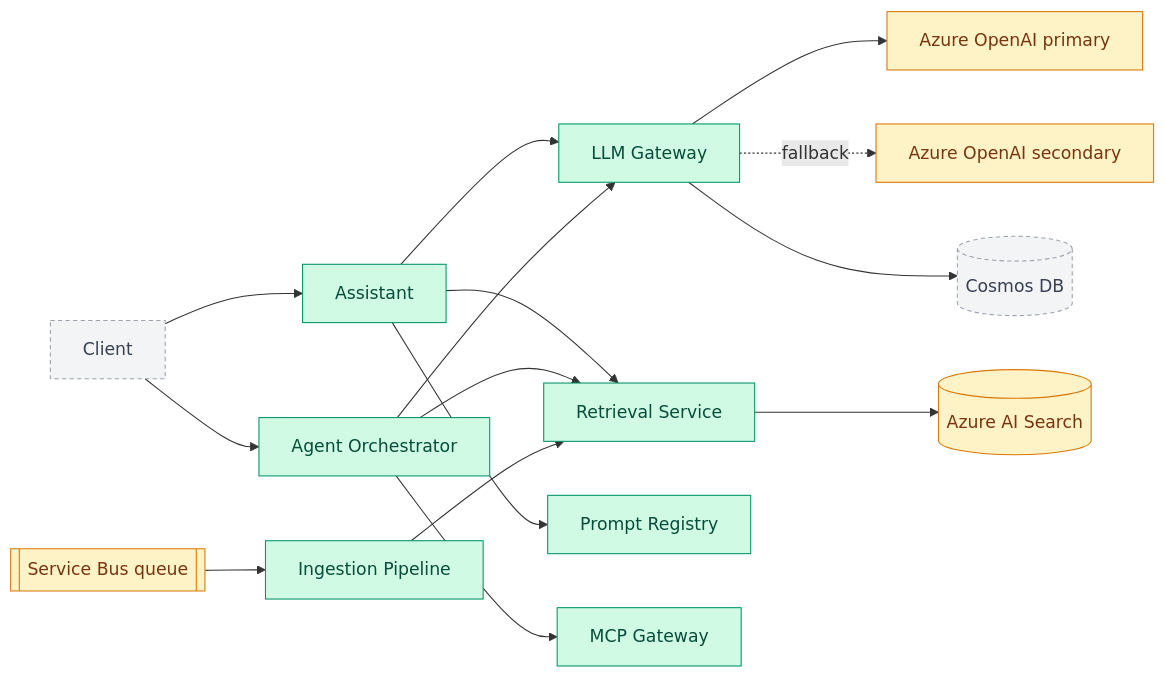
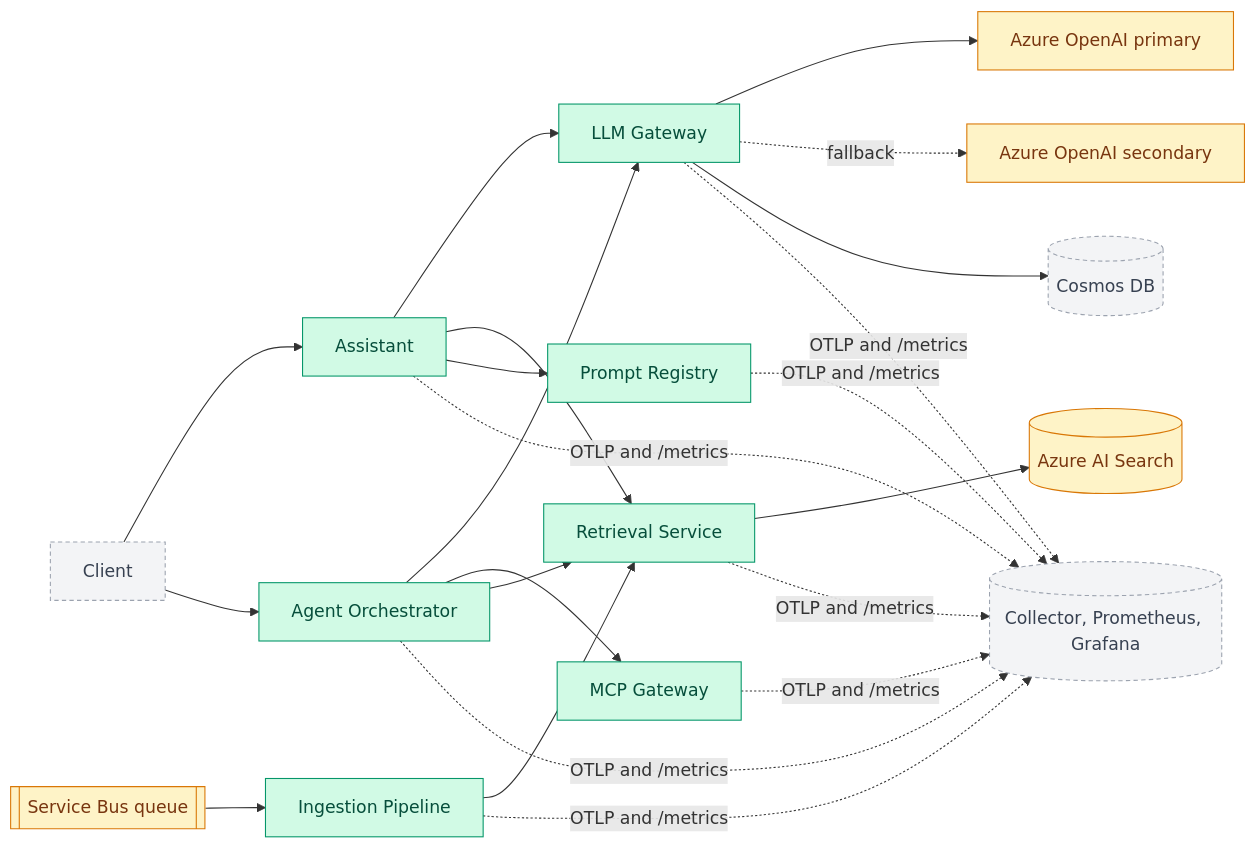
The diagram in README.md (SwaroopManjunath/enterprise-genai-platform), drawn with Mermaid before and after one commit. The commit also changed other lines of this file, not shown here.

````diff
--- a/README.md
+++ b/README.md
@@ -46,24 +46,25 @@
 ```mermaid
 flowchart LR
     Client --> AS[Assistant]
     AS --> GW[LLM Gateway]
     AS --> RET[Retrieval Service]
     AS --> PR[Prompt Registry]
     Client --> AG[Agent Orchestrator]
     AG --> GW
     AG --> MCP[MCP Gateway]
     AG --> RET
     RET --> AIS[(Azure AI Search)]
     ING[Ingestion Pipeline] --> RET
     SB[[Service Bus queue]] --> ING
     GW --> AOAI1[Azure OpenAI primary]
     GW -. fallback .-> AOAI2[Azure OpenAI secondary]
     GW --> COS[(Cosmos DB)]
+    AS & GW & RET & ING & AG & MCP & PR -. OTLP and /metrics .-> OBS[(Collector, Prometheus, Grafana)]
 
     classDef done fill:#d1fae5,stroke:#059669,color:#064e3b;
     classDef stub fill:#fef3c7,stroke:#d97706,color:#78350f;
     classDef planned fill:#f3f4f6,stroke:#9ca3af,stroke-dasharray:4 3,color:#374151;
     class AS,GW,PR,ING,RET,AG,MCP done;
     class AIS,SB,AOAI1,AOAI2 stub;
-    class Client,COS planned;
+    class Client,COS,OBS planned;
 ```
````
